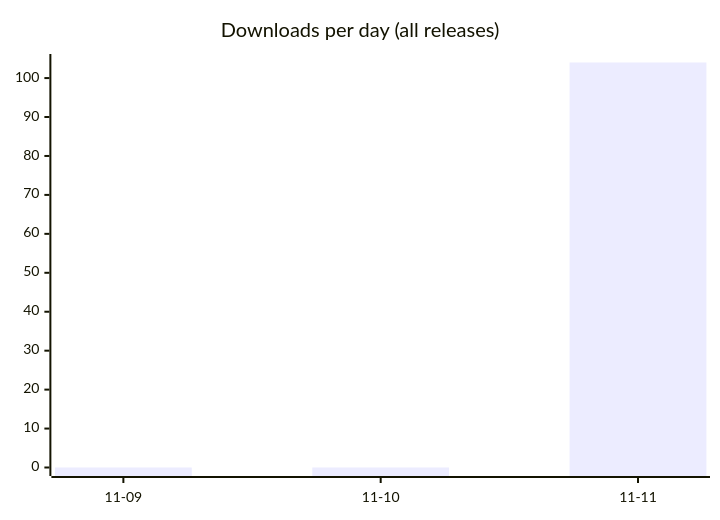
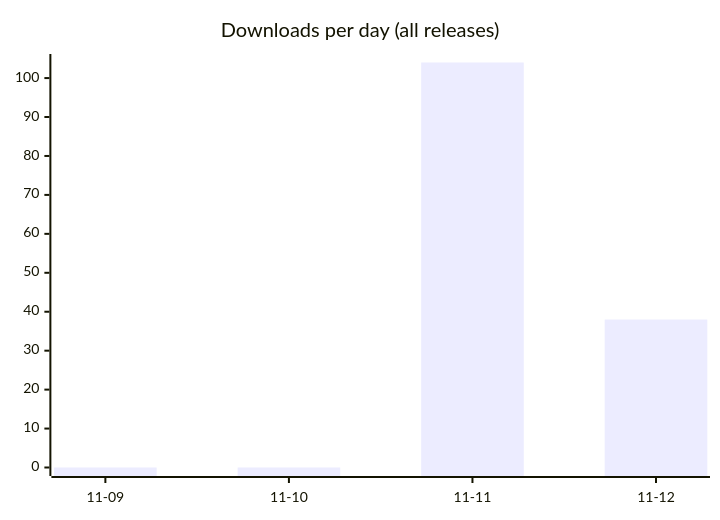
The first of 2 diagrams in README.md (fmadore/Kalamu), drawn with Mermaid before and after one commit. The commit also changed other lines of this file and 3 other files, not shown here.

````diff
--- a/README.md
+++ b/README.md
@@ -42,6 +42,6 @@
 ```mermaid
 xychart-beta
     title "Downloads per day (all releases)"
-    x-axis ["11-09", "11-10", "11-11"]
-    bar [0, 0, 104]
+    x-axis ["11-09", "11-10", "11-11", "11-12"]
+    bar [0, 0, 104, 38]
 ```
````
